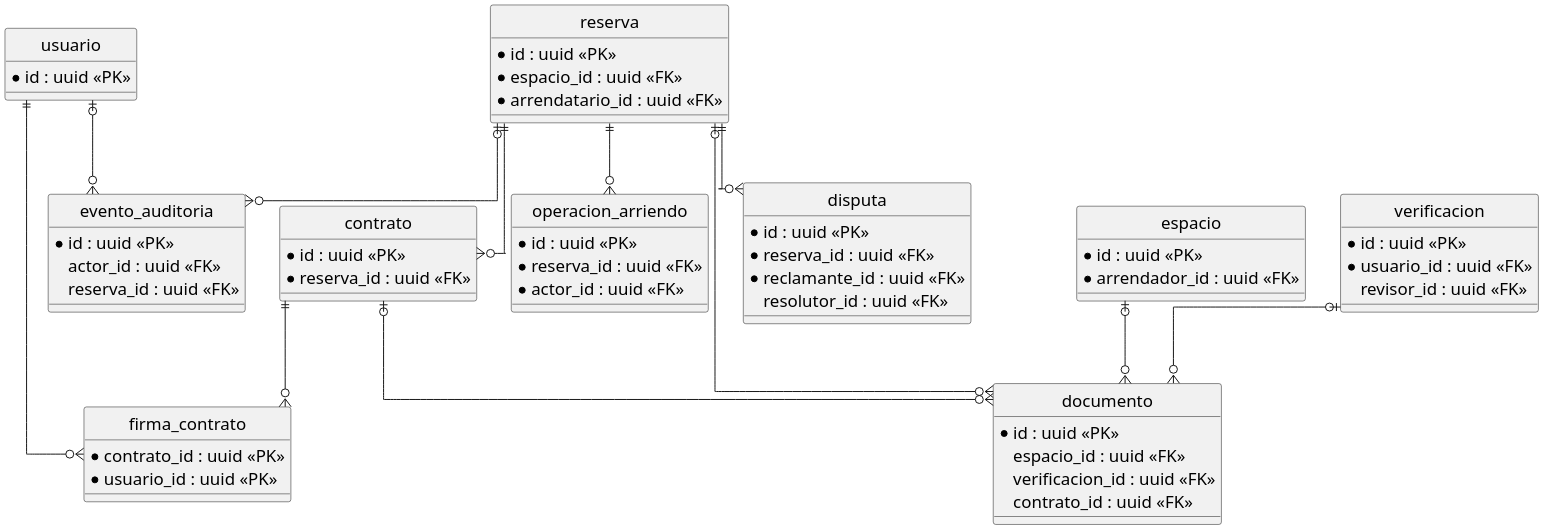
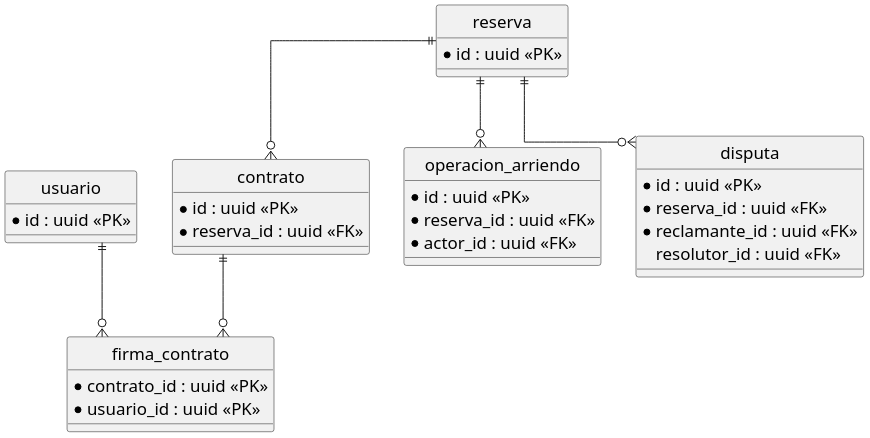
Before and after one commit to HernanEspinozaDev/proyectotitulo: the diagram in Informes/ES2PT/diagramas/datos_operacion.puml, drawn with PlantUML. The commit also changed 58 other files, not shown here.

```diff
--- a/Informes/ES2PT/diagramas/datos_operacion.puml
+++ b/Informes/ES2PT/diagramas/datos_operacion.puml
@@ -1,67 +1,39 @@
 @startuml
 skinparam dpi 180
 skinparam shadowing false
 skinparam defaultFontName Arial
 skinparam defaultFontSize 17
 skinparam backgroundColor white
 hide circle
 skinparam linetype ortho
 entity "usuario" as usuario {
   * id : uuid <<PK>>
 }
 entity "reserva" as reserva {
   * id : uuid <<PK>>
-  * espacio_id : uuid <<FK>>
-  * arrendatario_id : uuid <<FK>>
 }
 entity "contrato" as contrato {
   * id : uuid <<PK>>
   * reserva_id : uuid <<FK>>
 }
 entity "firma_contrato" as firma_contrato {
   * contrato_id : uuid <<PK>>
   * usuario_id : uuid <<PK>>
 }
 entity "operacion_arriendo" as operacion_arriendo {
   * id : uuid <<PK>>
   * reserva_id : uuid <<FK>>
   * actor_id : uuid <<FK>>
 }
 entity "disputa" as disputa {
   * id : uuid <<PK>>
   * reserva_id : uuid <<FK>>
   * reclamante_id : uuid <<FK>>
   resolutor_id : uuid <<FK>>
 }
-entity "documento" as documento {
-  * id : uuid <<PK>>
-  espacio_id : uuid <<FK>>
-  verificacion_id : uuid <<FK>>
-  contrato_id : uuid <<FK>>
-}
-entity "evento_auditoria" as evento_auditoria {
-  * id : uuid <<PK>>
-  actor_id : uuid <<FK>>
-  reserva_id : uuid <<FK>>
-}
-entity "espacio" as espacio {
-  * id : uuid <<PK>>
-  * arrendador_id : uuid <<FK>>
-}
-entity "verificacion" as verificacion {
-  * id : uuid <<PK>>
-  * usuario_id : uuid <<FK>>
-  revisor_id : uuid <<FK>>
-}
 reserva ||--o{ contrato
 contrato ||--o{ firma_contrato
 usuario ||--o{ firma_contrato
 reserva ||--o{ operacion_arriendo
 reserva ||--o{ disputa
-reserva |o--o{ documento
-contrato |o--o{ documento
-espacio |o--o{ documento
-verificacion |o--o{ documento
-usuario |o--o{ evento_auditoria
-reserva |o--o{ evento_auditoria
 @enduml
```
